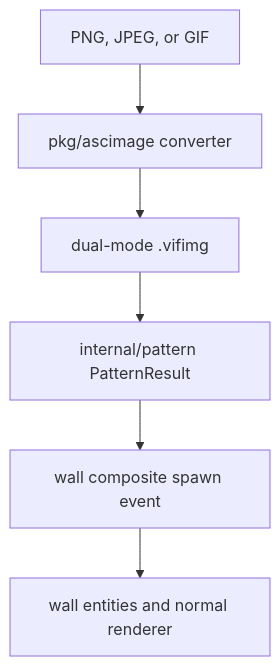
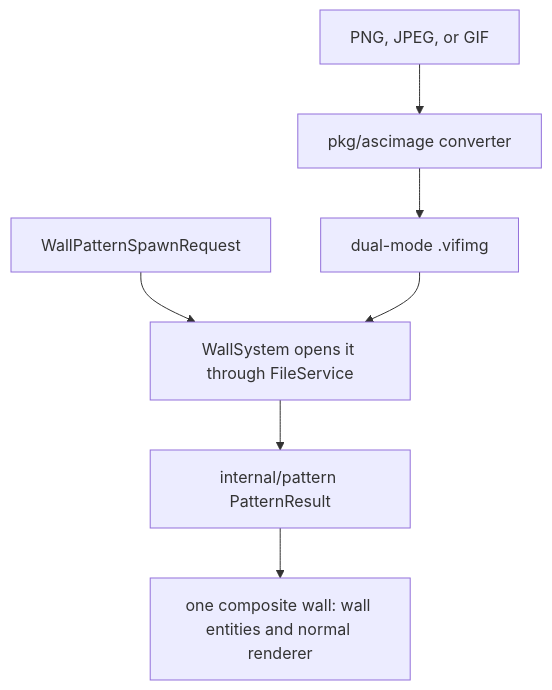
One commit to lixenwraith/vif changed the second of 2 diagrams in doc/content-assets-and-tools.md. Above: the diagram before and after it, drawn with Mermaid. The commit also changed other lines of this file and 6 other files, not shown here.

````diff
--- a/doc/content-assets-and-tools.md
+++ b/doc/content-assets-and-tools.md
@@ -198,8 +208,9 @@
 ```mermaid
 flowchart TD
     Raster["PNG, JPEG, or GIF"] --> Asc["pkg/ascimage converter"]
     Asc --> Dual["dual-mode .vifimg"]
-    Dual --> Pattern["internal/pattern PatternResult"]
-    Pattern --> Event["wall composite spawn event"]
-    Event --> ECS["wall entities and normal renderer"]
+    Request["WallPatternSpawnRequest"] --> Wall["WallSystem opens it through FileService"]
+    Dual --> Wall
+    Wall --> Pattern["internal/pattern PatternResult"]
+    Pattern --> ECS["one composite wall: wall entities and normal renderer"]
 ```
````
